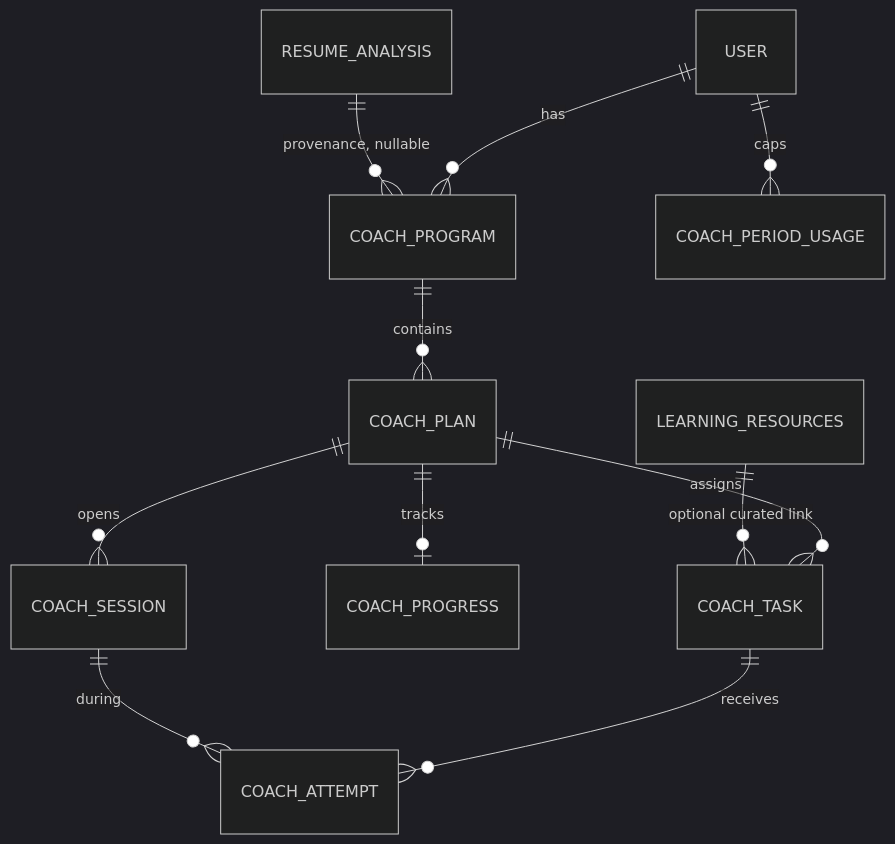
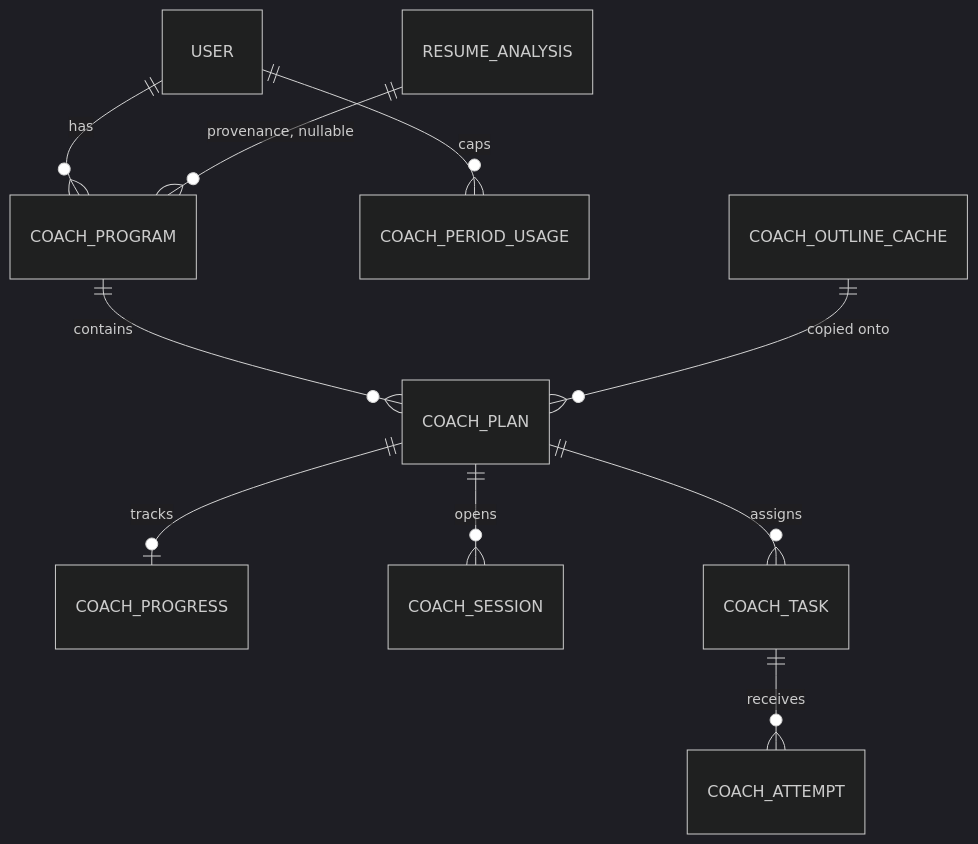
The second of 2 diagrams in docs/skill-coach.md (sahil1330/zaprill-app), drawn with Mermaid (dark theme) before and after one commit. The commit also changed other lines of this file, not shown here.

First line of the commit message:
docs: revise Skill Coach after head review

````diff
--- a/docs/skill-coach.md
+++ b/docs/skill-coach.md
@@ -150,13 +152,12 @@
 ```mermaid
 erDiagram
   USER ||--o{ COACH_PROGRAM : has
   COACH_PROGRAM ||--o{ COACH_PLAN : contains
-  COACH_PLAN ||--o{ COACH_TASK : assigns
   COACH_PLAN ||--o| COACH_PROGRESS : tracks
   COACH_PLAN ||--o{ COACH_SESSION : opens
+  COACH_PLAN ||--o{ COACH_TASK : assigns
   COACH_TASK ||--o{ COACH_ATTEMPT : receives
-  COACH_SESSION ||--o{ COACH_ATTEMPT : during
   USER ||--o{ COACH_PERIOD_USAGE : caps
+  COACH_OUTLINE_CACHE ||--o{ COACH_PLAN : "copied onto"
   RESUME_ANALYSIS ||--o{ COACH_PROGRAM : "provenance, nullable"
-  LEARNING_RESOURCES ||--o{ COACH_TASK : "optional curated link"
 ```
````
